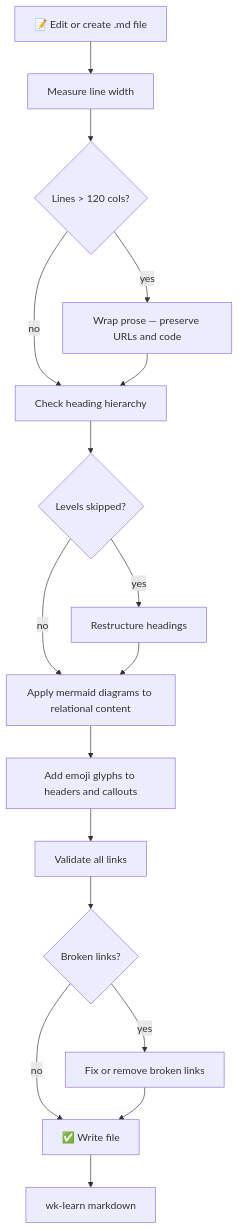
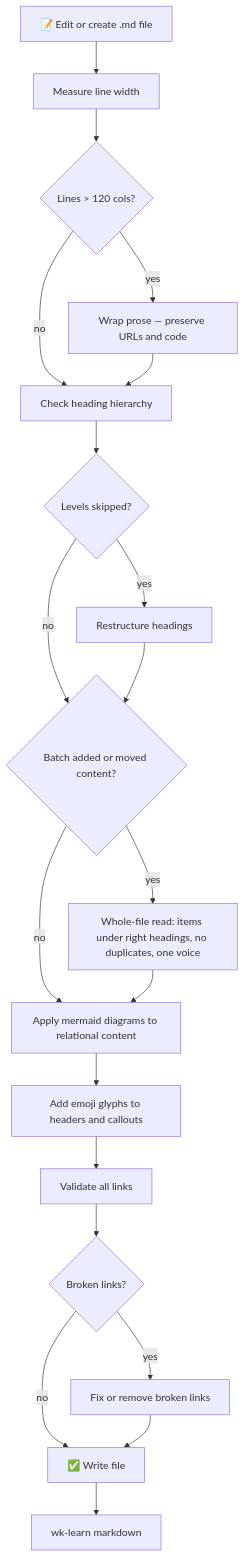
The diagram in skills/markdown/README.md (whizzzkid/skills), drawn with Mermaid before and after one commit. The commit also changed other lines of this file and 3 other files, not shown here.

First line of the commit message:
feat(markdown): 🛡️ an edit batch ends with a whole-file structure read

````diff
--- a/skills/markdown/README.md
+++ b/skills/markdown/README.md
@@ -17,20 +17,23 @@
 ```mermaid
 flowchart TD
     A[📝 Edit or create .md file] --> B[Measure line width]
     B --> C{Lines > 120 cols?}
     C -->|yes| D[Wrap prose — preserve URLs and code]
     C -->|no| E[Check heading hierarchy]
     D --> E
     E --> F{Levels skipped?}
     F -->|yes| G[Restructure headings]
-    F -->|no| H[Apply mermaid diagrams to relational content]
-    G --> H
+    F -->|no| S{Batch added or moved content?}
+    G --> S
+    S -->|yes| R[Whole-file read: items under right headings, no duplicates, one voice]
+    S -->|no| H[Apply mermaid diagrams to relational content]
+    R --> H
     H --> I[Add emoji glyphs to headers and callouts]
     I --> J[Validate all links]
     J --> K{Broken links?}
     K -->|yes| L[Fix or remove broken links]
     K -->|no| M[✅ Write file]
     L --> M
     M --> N[wk-learn markdown]
     click N href "https://github.com/whizzzkid/skills/blob/main/skills/learn/README.md" _blank
 ```
````
